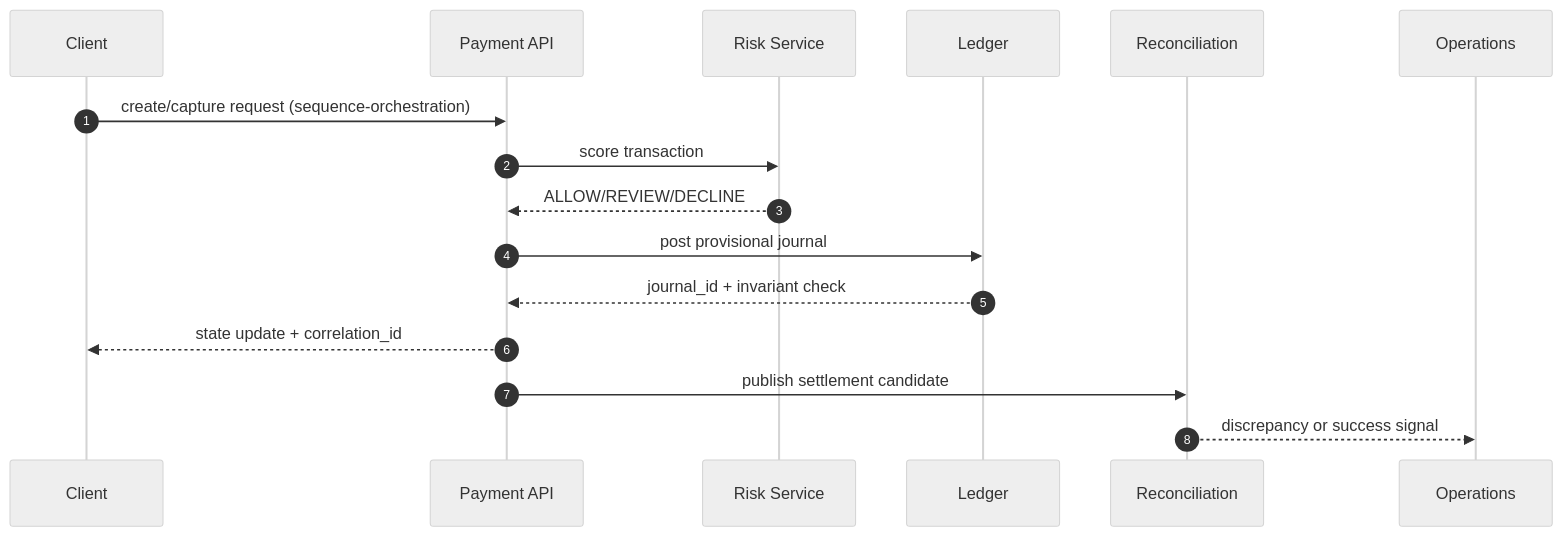
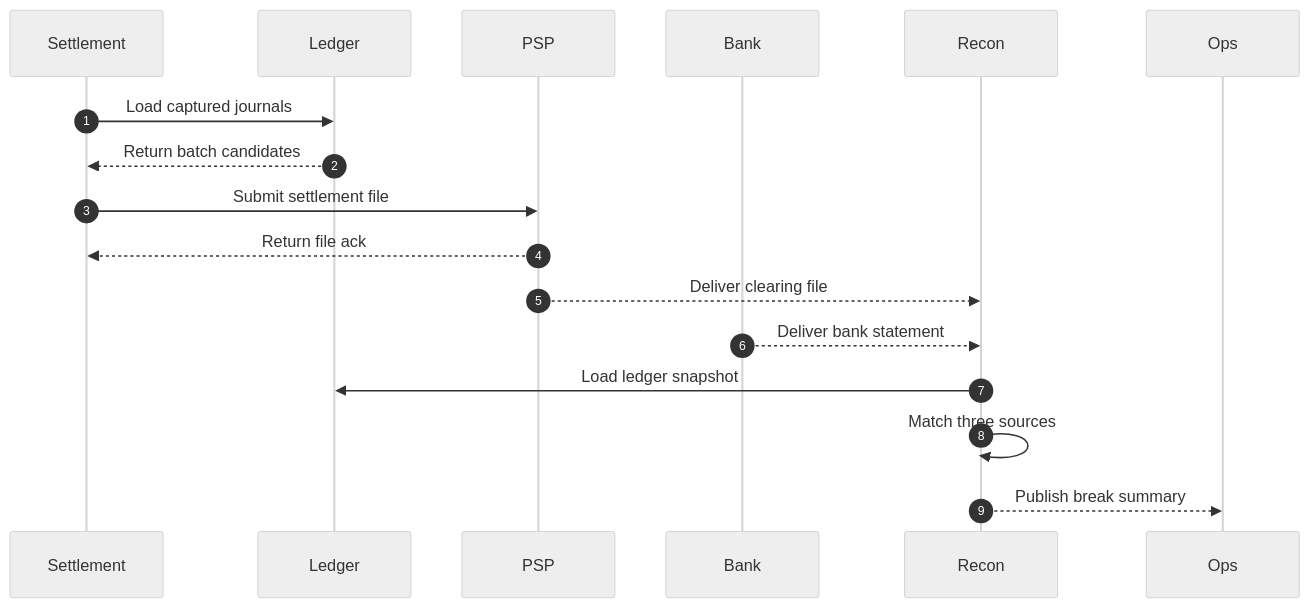
The fifth of 5 diagrams in Payment Orchestration and Wallet Platform/high-level-design/system-sequence-diagrams.md (0Ankit0/Project-Ideas), drawn with Mermaid (neutral theme) before and after one commit. The commit also changed other lines of this file and 15 other files, not shown here.

Commit message:
Update Payment Orchestration and Wallet Platform: analysis docs

````diff
--- a/Payment Orchestration and Wallet Platform/high-level-design/system-sequence-diagrams.md
+++ b/Payment Orchestration and Wallet Platform/high-level-design/system-sequence-diagrams.md
@@ -57,19 +145,20 @@
 ```mermaid
 sequenceDiagram
     autonumber
-    participant Client
-    participant API as Payment API
-    participant Risk as Risk Service
+    participant Settlement
     participant Ledger
-    participant Recon as Reconciliation
-    participant Ops as Operations
+    participant PSP
+    participant Bank
+    participant Recon
+    participant Ops
 
-    Client->>API: create/capture request (sequence-orchestration)
-    API->>Risk: score transaction
-    Risk-->>API: ALLOW/REVIEW/DECLINE
-    API->>Ledger: post provisional journal
-    Ledger-->>API: journal_id + invariant check
-    API-->>Client: state update + correlation_id
-    API->>Recon: publish settlement candidate
-    Recon-->>Ops: discrepancy or success signal
+    Settlement->>Ledger: Load captured journals
+    Ledger-->>Settlement: Return batch candidates
+    Settlement->>PSP: Submit settlement file
+    PSP-->>Settlement: Return file ack
+    PSP-->>Recon: Deliver clearing file
+    Bank-->>Recon: Deliver bank statement
+    Recon->>Ledger: Load ledger snapshot
+    Recon->>Recon: Match three sources
+    Recon-->>Ops: Publish break summary
 ```
````
